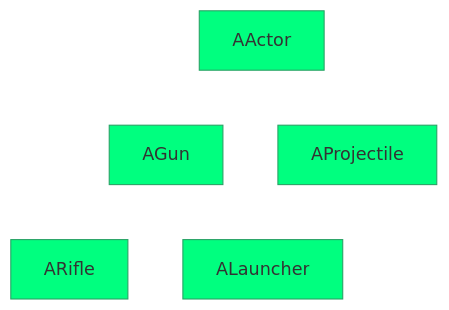
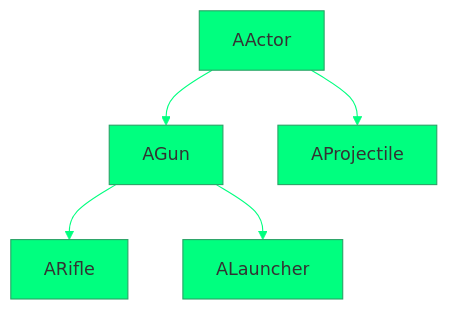
The first of 2 diagrams in README.md (Mallllo/SimpleShooterRepository), drawn with Mermaid before and after one commit.

````diff
--- a/README.md
+++ b/README.md
@@ -2,16 +2,16 @@
 ```mermaid
 %%{
   init: {
     'theme': 'base',
     'themeVariables': {
       'primaryColor': '#00ff7f',
-      'lineColor':'#ffffff'
+      'lineColor':'#00ff7f'
     }
   }
 }%%
 graph TD;
     AActor-->AGun;
     AGun-->ARifle;
     AGun-->ALauncher;
     AActor-->AProjectile;
 ```
````
